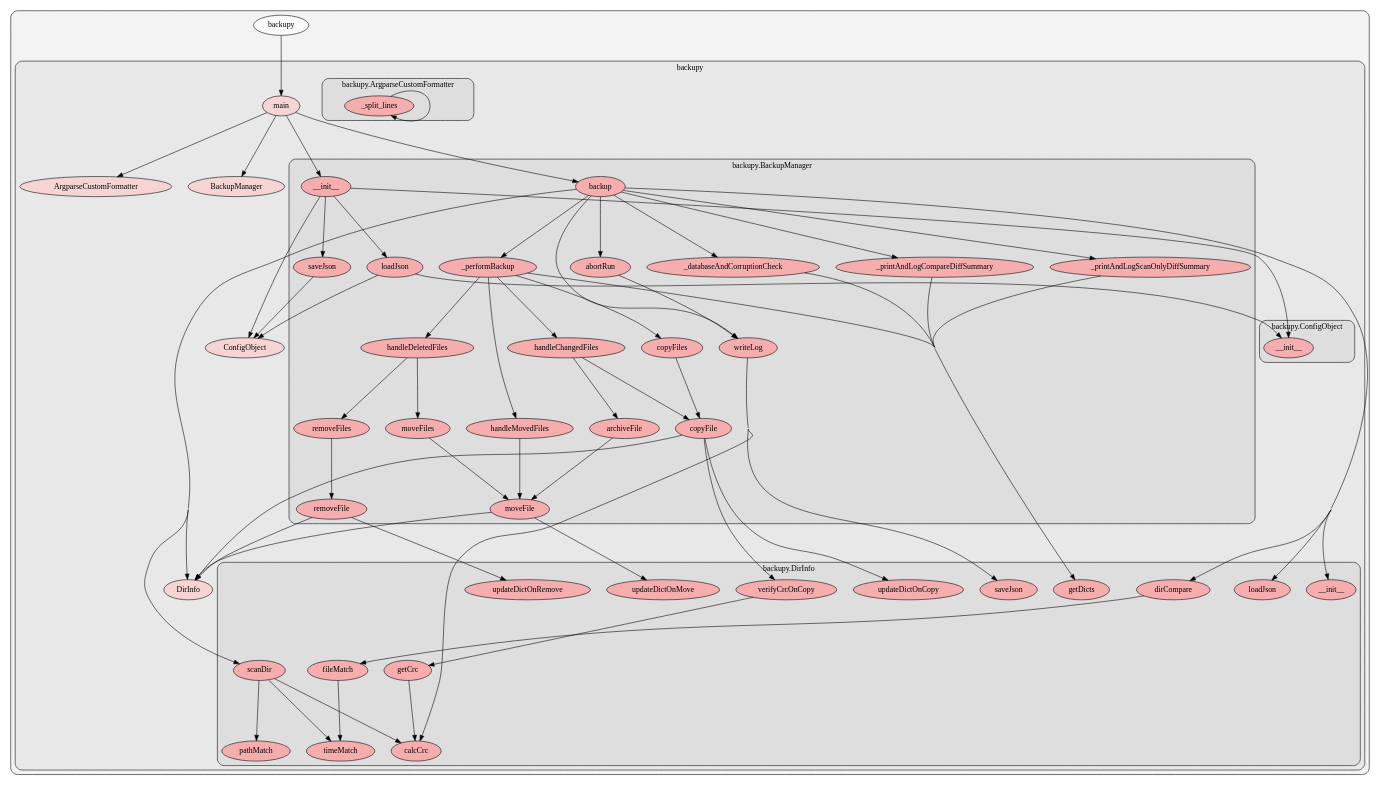
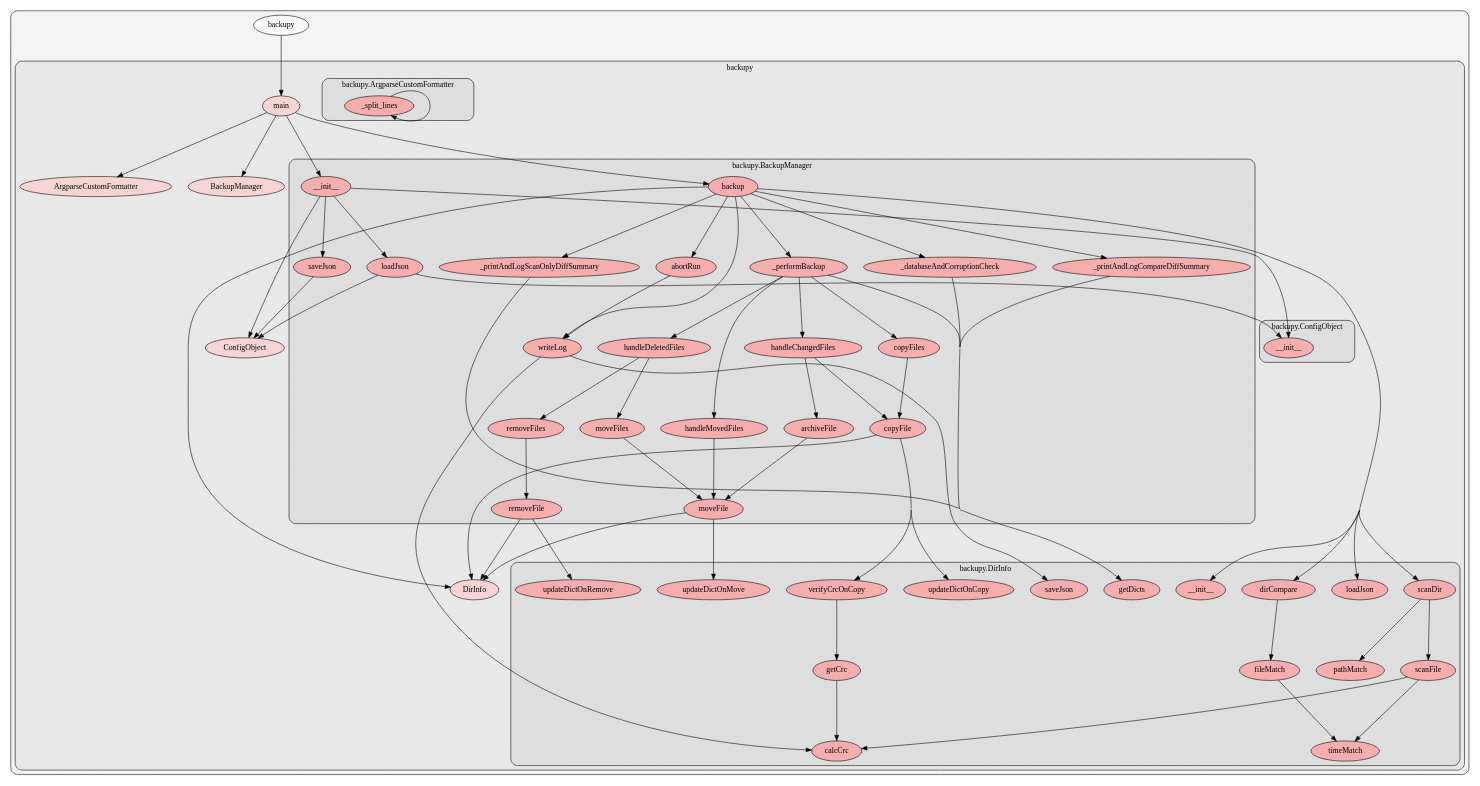
Before and after one commit to elesiuta/backupy: the diagram in analysis/callgraph.dot, drawn with Graphviz. The commit also changed 1 other file, not shown here.

```diff
--- a/analysis/callgraph.dot
+++ b/analysis/callgraph.dot
@@ -193,6 +193,11 @@
             subgraph cluster_backupy__DirInfo {
 
                 graph [style="filled,rounded",fillcolor="#80808018", label="backupy.DirInfo"];
+                backupy__DirInfo__scanFile [label="scanFile", style="filled", fillcolor="#ff9999b2", fontcolor="#000000", group="0"];
+            }
+            subgraph cluster_backupy__DirInfo {
+
+                graph [style="filled,rounded",fillcolor="#80808018", label="backupy.DirInfo"];
                 backupy__DirInfo__timeMatch [label="timeMatch", style="filled", fillcolor="#ff9999b2", fontcolor="#000000", group="0"];
             }
             subgraph cluster_backupy__DirInfo {
@@ -222,9 +227,10 @@
         backupy__DirInfo__verifyCrcOnCopy -> backupy__DirInfo__getCrc [style="solid", color="#000000"];
         backupy__DirInfo__getCrc -> backupy__DirInfo__calcCrc [style="solid", color="#000000"];
         backupy__DirInfo__fileMatch -> backupy__DirInfo__timeMatch [style="solid", color="#000000"];
-        backupy__DirInfo__scanDir -> backupy__DirInfo__timeMatch [style="solid", color="#000000"];
         backupy__DirInfo__scanDir -> backupy__DirInfo__pathMatch [style="solid", color="#000000"];
-        backupy__DirInfo__scanDir -> backupy__DirInfo__calcCrc [style="solid", color="#000000"];
+        backupy__DirInfo__scanDir -> backupy__DirInfo__scanFile [style="solid", color="#000000"];
+        backupy__DirInfo__scanFile -> backupy__DirInfo__calcCrc [style="solid", color="#000000"];
+        backupy__DirInfo__scanFile -> backupy__DirInfo__timeMatch [style="solid", color="#000000"];
         backupy__DirInfo__dirCompare -> backupy__DirInfo__fileMatch [style="solid", color="#000000"];
         backupy__BackupManager____init__ -> backupy__ConfigObject____init__ [style="solid", color="#000000"];
         backupy__BackupManager____init__ -> backupy__BackupManager__loadJson [style="solid", color="#000000"];
@@ -233,16 +239,16 @@
         backupy__BackupManager__saveJson -> backupy__ConfigObject [style="solid", color="#000000"];
         backupy__BackupManager__loadJson -> backupy__ConfigObject____init__ [style="solid", color="#000000"];
         backupy__BackupManager__loadJson -> backupy__ConfigObject [style="solid", color="#000000"];
+        backupy__BackupManager__writeLog -> backupy__DirInfo__calcCrc [style="solid", color="#000000"];
         backupy__BackupManager__writeLog -> backupy__DirInfo__saveJson [style="solid", color="#000000"];
-        backupy__BackupManager__writeLog -> backupy__DirInfo__calcCrc [style="solid", color="#000000"];
         backupy__BackupManager__abortRun -> backupy__BackupManager__writeLog [style="solid", color="#000000"];
         backupy__BackupManager__removeFile -> backupy__DirInfo [style="solid", color="#000000"];
         backupy__BackupManager__removeFile -> backupy__DirInfo__updateDictOnRemove [style="solid", color="#000000"];
+        backupy__BackupManager__copyFile -> backupy__DirInfo__verifyCrcOnCopy [style="solid", color="#000000"];
         backupy__BackupManager__copyFile -> backupy__DirInfo [style="solid", color="#000000"];
-        backupy__BackupManager__copyFile -> backupy__DirInfo__verifyCrcOnCopy [style="solid", color="#000000"];
         backupy__BackupManager__copyFile -> backupy__DirInfo__updateDictOnCopy [style="solid", color="#000000"];
+        backupy__BackupManager__moveFile -> backupy__DirInfo [style="solid", color="#000000"];
         backupy__BackupManager__moveFile -> backupy__DirInfo__updateDictOnMove [style="solid", color="#000000"];
-        backupy__BackupManager__moveFile -> backupy__DirInfo [style="solid", color="#000000"];
         backupy__BackupManager__removeFiles -> backupy__BackupManager__removeFile [style="solid", color="#000000"];
         backupy__BackupManager__copyFiles -> backupy__BackupManager__copyFile [style="solid", color="#000000"];
         backupy__BackupManager__moveFiles -> backupy__BackupManager__moveFile [style="solid", color="#000000"];
@@ -255,24 +261,24 @@
         backupy__BackupManager___databaseAndCorruptionCheck -> backupy__DirInfo__getDicts [style="solid", color="#000000"];
         backupy__BackupManager___printAndLogScanOnlyDiffSummary -> backupy__DirInfo__getDicts [style="solid", color="#000000"];
         backupy__BackupManager___printAndLogCompareDiffSummary -> backupy__DirInfo__getDicts [style="solid", color="#000000"];
+        backupy__BackupManager___performBackup -> backupy__DirInfo__getDicts [style="solid", color="#000000"];
+        backupy__BackupManager___performBackup -> backupy__BackupManager__copyFiles [style="solid", color="#000000"];
         backupy__BackupManager___performBackup -> backupy__BackupManager__handleChangedFiles [style="solid", color="#000000"];
         backupy__BackupManager___performBackup -> backupy__BackupManager__handleDeletedFiles [style="solid", color="#000000"];
-        backupy__BackupManager___performBackup -> backupy__DirInfo__getDicts [style="solid", color="#000000"];
         backupy__BackupManager___performBackup -> backupy__BackupManager__handleMovedFiles [style="solid", color="#000000"];
-        backupy__BackupManager___performBackup -> backupy__BackupManager__copyFiles [style="solid", color="#000000"];
+        backupy__BackupManager__backup -> backupy__BackupManager___databaseAndCorruptionCheck [style="solid", color="#000000"];
+        backupy__BackupManager__backup -> backupy__DirInfo__loadJson [style="solid", color="#000000"];
+        backupy__BackupManager__backup -> backupy__BackupManager___printAndLogScanOnlyDiffSummary [style="solid", color="#000000"];
+        backupy__BackupManager__backup -> backupy__DirInfo__scanDir [style="solid", color="#000000"];
+        backupy__BackupManager__backup -> backupy__BackupManager___printAndLogCompareDiffSummary [style="solid", color="#000000"];
+        backupy__BackupManager__backup -> backupy__BackupManager___performBackup [style="solid", color="#000000"];
+        backupy__BackupManager__backup -> backupy__DirInfo__dirCompare [style="solid", color="#000000"];
+        backupy__BackupManager__backup -> backupy__BackupManager__writeLog [style="solid", color="#000000"];
         backupy__BackupManager__backup -> backupy__DirInfo [style="solid", color="#000000"];
         backupy__BackupManager__backup -> backupy__DirInfo____init__ [style="solid", color="#000000"];
         backupy__BackupManager__backup -> backupy__BackupManager__abortRun [style="solid", color="#000000"];
-        backupy__BackupManager__backup -> backupy__BackupManager___databaseAndCorruptionCheck [style="solid", color="#000000"];
-        backupy__BackupManager__backup -> backupy__BackupManager___printAndLogScanOnlyDiffSummary [style="solid", color="#000000"];
-        backupy__BackupManager__backup -> backupy__DirInfo__loadJson [style="solid", color="#000000"];
-        backupy__BackupManager__backup -> backupy__DirInfo__scanDir [style="solid", color="#000000"];
-        backupy__BackupManager__backup -> backupy__BackupManager___printAndLogCompareDiffSummary [style="solid", color="#000000"];
-        backupy__BackupManager__backup -> backupy__DirInfo__dirCompare [style="solid", color="#000000"];
-        backupy__BackupManager__backup -> backupy__BackupManager___performBackup [style="solid", color="#000000"];
-        backupy__BackupManager__backup -> backupy__BackupManager__writeLog [style="solid", color="#000000"];
         backupy__main -> backupy__ArgparseCustomFormatter [style="solid", color="#000000"];
-        backupy__main -> backupy__BackupManager__backup [style="solid", color="#000000"];
         backupy__main -> backupy__BackupManager [style="solid", color="#000000"];
         backupy__main -> backupy__BackupManager____init__ [style="solid", color="#000000"];
+        backupy__main -> backupy__BackupManager__backup [style="solid", color="#000000"];
     }
```
